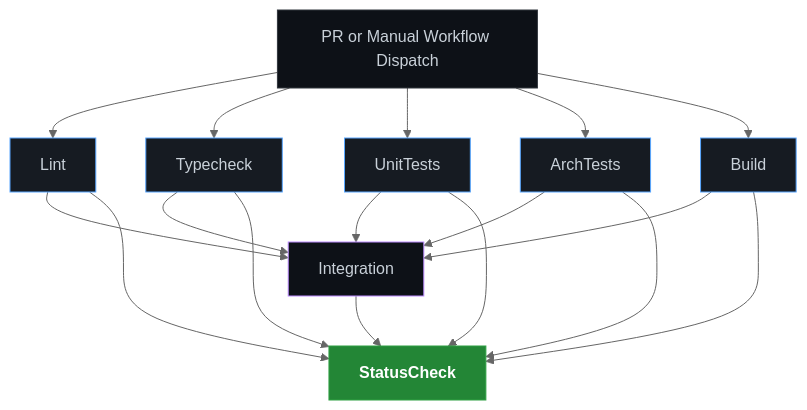
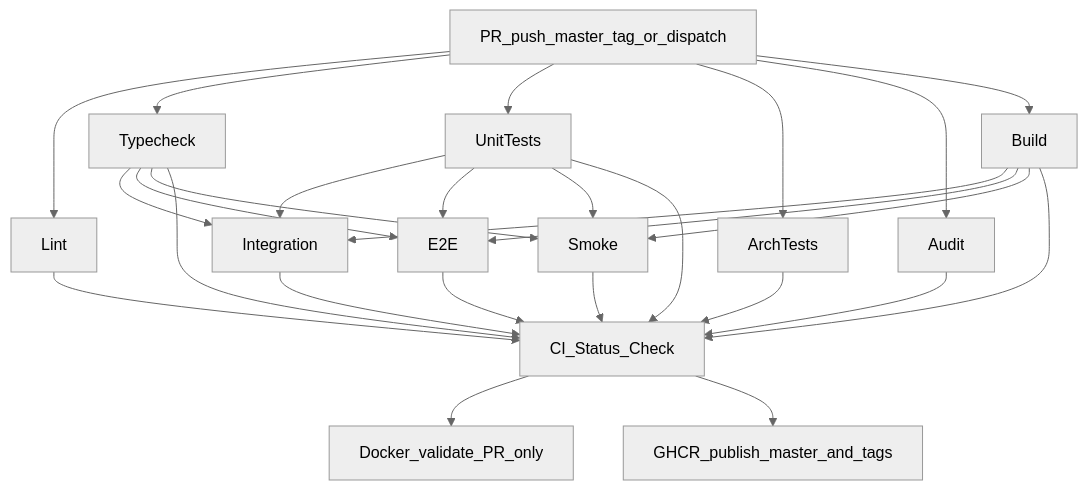
Before and after one commit to raouf-b-dev/ecommerce-store-api: the diagram in docs/infrastructure/cicd/PROJECT-PIPELINE.md, drawn with Mermaid (neutral theme). The commit also changed other lines of this file, not shown here.

````diff
--- a/docs/infrastructure/cicd/PROJECT-PIPELINE.md
+++ b/docs/infrastructure/cicd/PROJECT-PIPELINE.md
@@ -13,32 +11,32 @@
 ```mermaid
 graph TD
-    %% Styling
-    classDef default fill:#0d1117,stroke:#30363d,stroke-width:1px,color:#c9d1d9
-    classDef parallel fill:#161b22,stroke:#58a6ff,stroke-width:1px,color:#c9d1d9
-    classDef integration fill:#0d1117,stroke:#bc8cff,stroke-width:1px,color:#c9d1d9
-    classDef aggregator fill:#238636,stroke:#2ea043,stroke-width:1px,color:#ffffff,font-weight:bold
-
-    Trigger[PR or Manual Workflow Dispatch] --> Lint
+    Trigger[PR_push_master_tag_or_dispatch] --> Lint
     Trigger --> Typecheck
     Trigger --> UnitTests
     Trigger --> ArchTests
+    Trigger --> Audit
     Trigger --> Build
 
-    Lint --> Integration
     Typecheck --> Integration
     UnitTests --> Integration
-    ArchTests --> Integration
     Build --> Integration
+    Typecheck --> E2E
+    UnitTests --> E2E
+    Build --> E2E
+    Typecheck --> Smoke
+    UnitTests --> Smoke
+    Build --> Smoke
 
     Lint --> StatusCheck
     Typecheck --> StatusCheck
     UnitTests --> StatusCheck
     ArchTests --> StatusCheck
+    Audit --> StatusCheck
     Build --> StatusCheck
     Integration --> StatusCheck
+    E2E --> StatusCheck
+    Smoke --> StatusCheck
 
-    %% Apply Classes
-    class Lint,Typecheck,UnitTests,ArchTests,Build parallel
-    class Integration integration
-    class StatusCheck aggregator
+    StatusCheck[CI_Status_Check] --> DockerValidate[Docker_validate_PR_only]
+    StatusCheck --> DockerPublish[GHCR_publish_master_and_tags]
 ```
````
